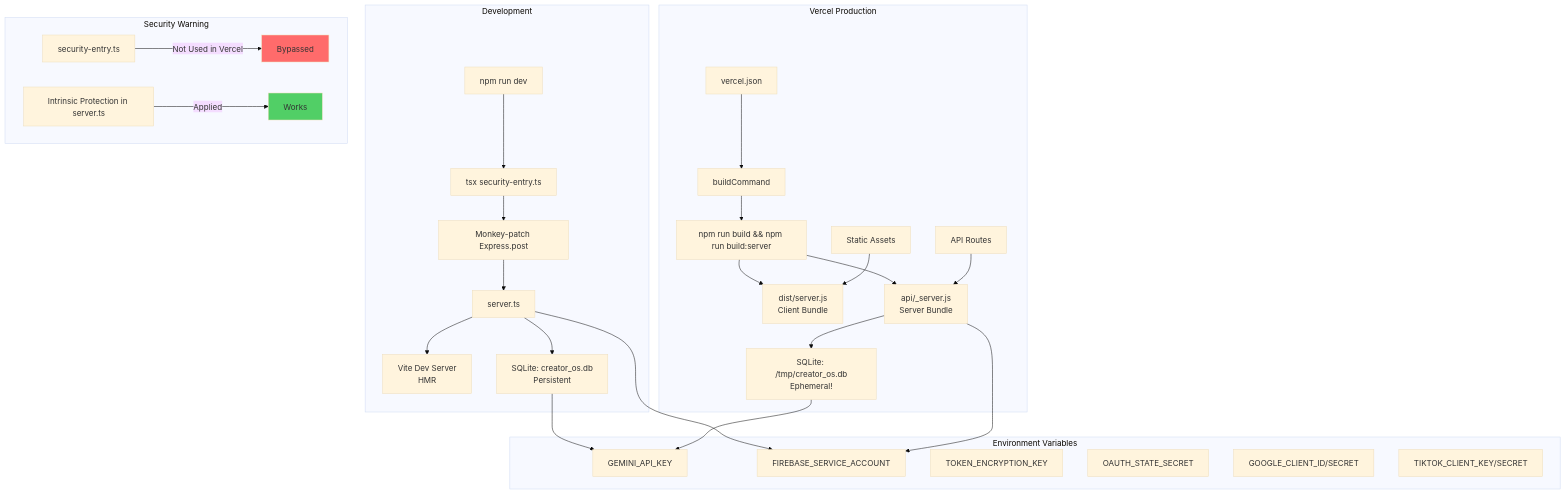
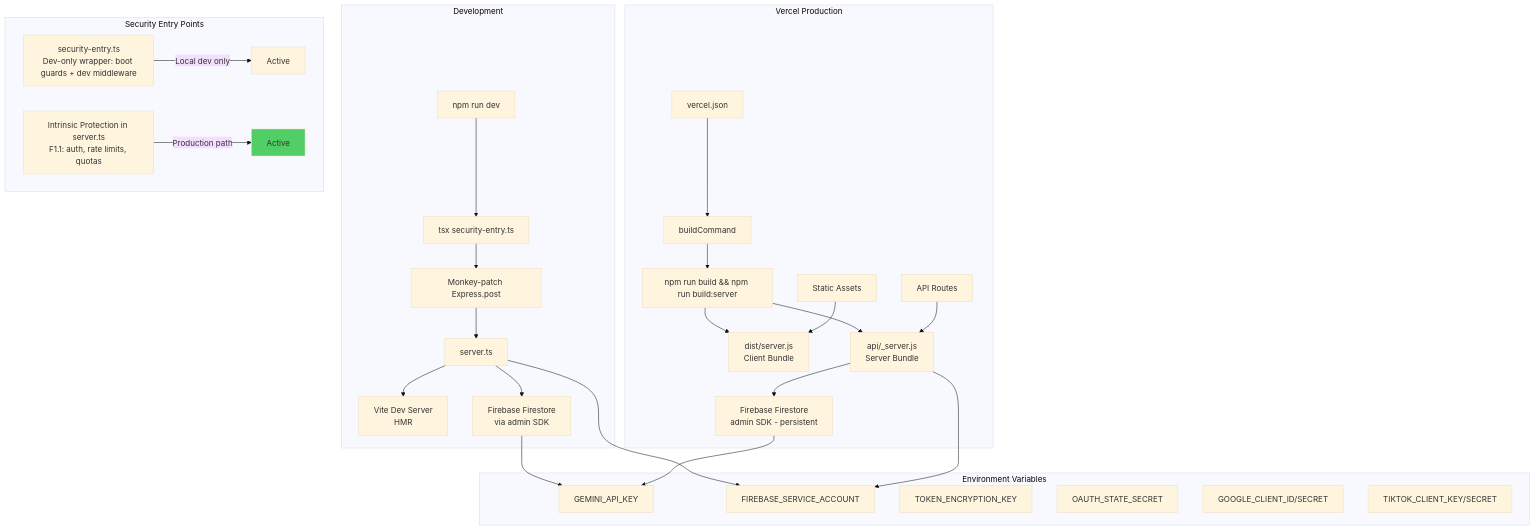
The seventh of 10 diagrams in ARCHITECTURE.md (danengelsman/CreatorOS), drawn with Mermaid (base theme) before and after one commit. The commit also changed other lines of this file, not shown here.

Commit message:
docs: update ARCHITECTURE.md to post-F2.x Firestore-only reality

````diff
--- a/ARCHITECTURE.md
+++ b/ARCHITECTURE.md
@@ -279,41 +266,40 @@
 ```mermaid
 graph TB
     subgraph "Development"
         A[npm run dev] --> B[tsx security-entry.ts]
         B --> C[Monkey-patch Express.post]
         C --> D[server.ts]
         D --> E[Vite Dev Server<br/>HMR]
-        D --> F[SQLite: creator_os.db<br/>Persistent]
+        D --> F[Firebase Firestore<br/>via admin SDK]
     end
 
     subgraph "Vercel Production"
         G[vercel.json] --> H[buildCommand]
         H --> I[npm run build && npm run build:server]
         I --> J[dist/server.js<br/>Client Bundle]
         I --> K[api/_server.js<br/>Server Bundle]
         L[API Routes] --> K
         M[Static Assets] --> J
-        K --> N[SQLite: /tmp/creator_os.db<br/>Ephemeral!]
+        K --> N[Firebase Firestore<br/>admin SDK - persistent]
     end
 
-    subgraph "Security Warning"
-        O[security-entry.ts] -->|Not Used in Vercel| P[Bypassed]
-        Q[Intrinsic Protection in server.ts] -->|Applied| R[Works]
-        style P fill:#ff6b6b
+    subgraph "Security Entry Points"
+        O[security-entry.ts<br/>Dev-only wrapper: boot guards + dev middleware] -->|Local dev only| P[Active]
+        Q[Intrinsic Protection in server.ts<br/>F1.1: auth, rate limits, quotas] -->|Production path| R[Active]
         style R fill:#51cf66
     end
 
     subgraph "Environment Variables"
         S[GEMINI_API_KEY]
         T[FIREBASE_SERVICE_ACCOUNT]
         U[TOKEN_ENCRYPTION_KEY]
         V[OAUTH_STATE_SECRET]
         W[GOOGLE_CLIENT_ID/SECRET]
         X[TIKTOK_CLIENT_KEY/SECRET]
     end
 
     F --> S
     N --> S
     D --> T
     K --> T
 ```
````
